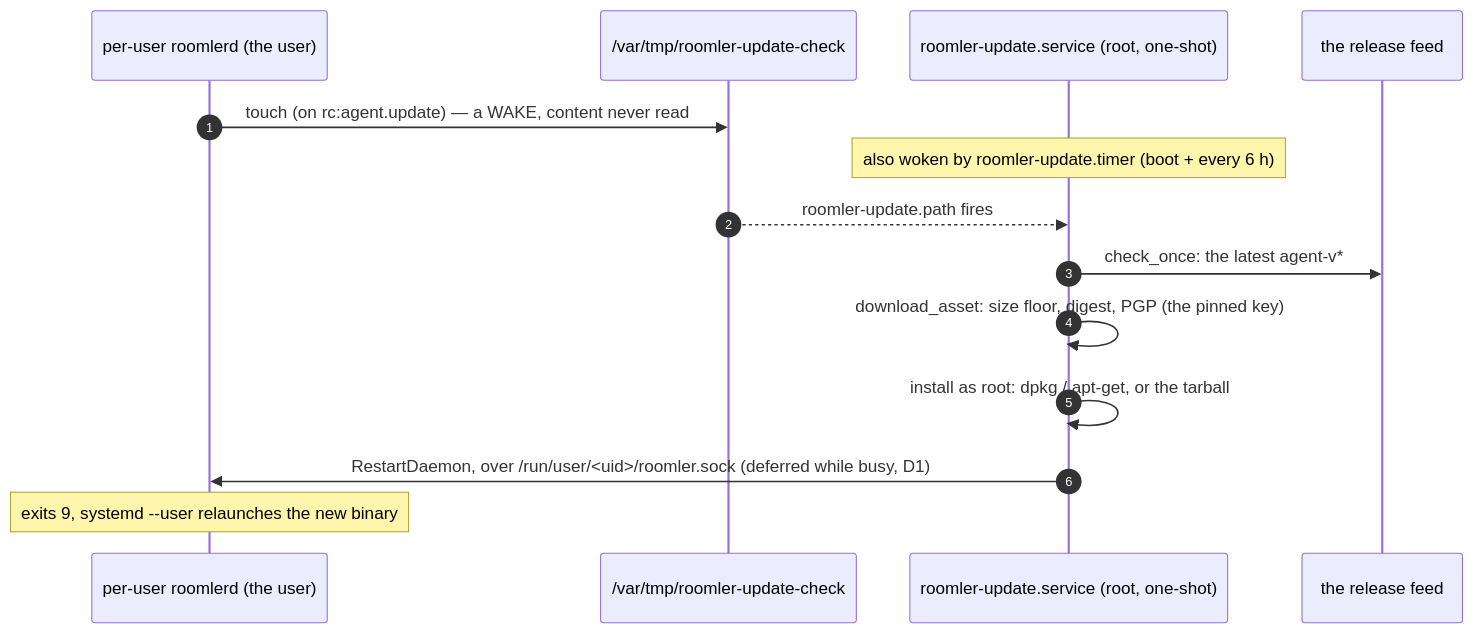
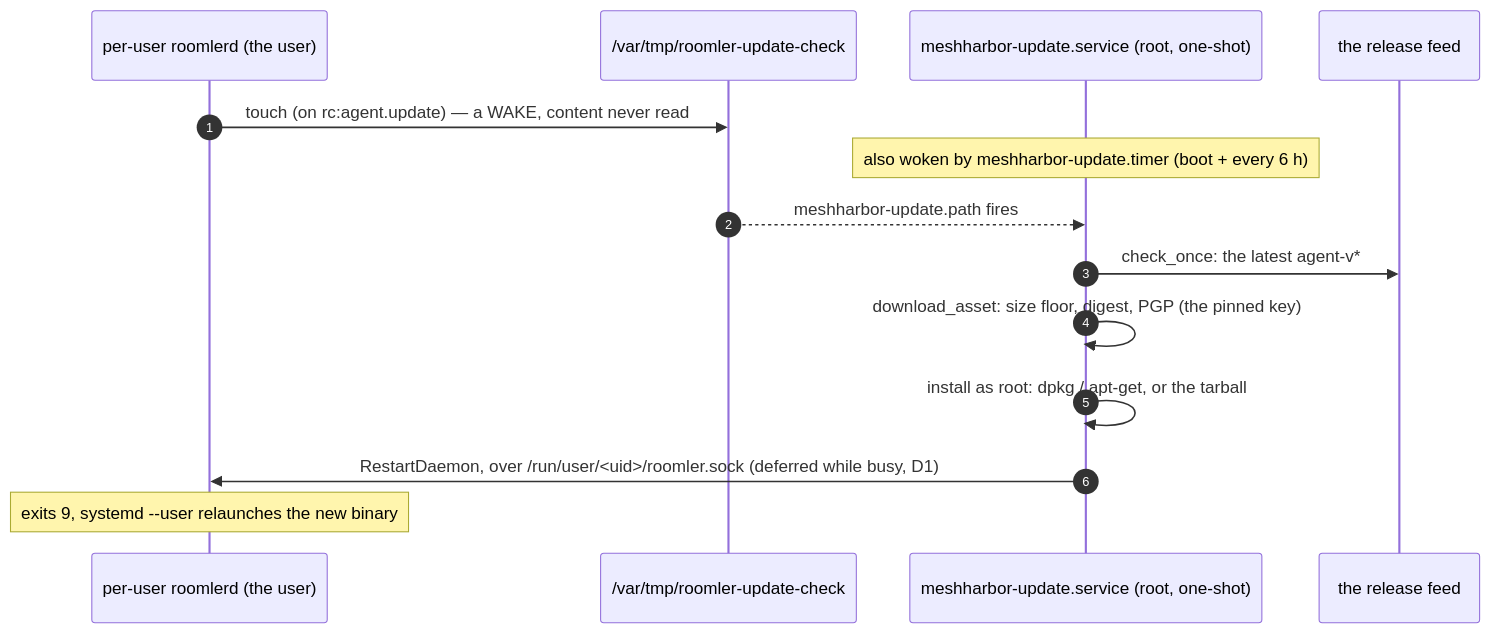
Before and after one commit to jk-zhang-meta/MeshHarbor: the first of 2 diagrams in docs/fr/FR-96-per-user-linux-installs-update-themselves.md, drawn with Mermaid. The commit also changed other lines of this file and 160 other files, not shown here.

````diff
--- a/docs/fr/FR-96-per-user-linux-installs-update-themselves.md
+++ b/docs/fr/FR-96-per-user-linux-installs-update-themselves.md
@@ -60,16 +60,16 @@
 ```mermaid
 sequenceDiagram
     autonumber
     participant D as per-user roomlerd (the user)
     participant W as /var/tmp/roomler-update-check
-    participant U as roomler-update.service (root, one-shot)
+    participant U as meshharbor-update.service (root, one-shot)
     participant R as the release feed
     D->>W: touch (on rc:agent.update) — a WAKE, content never read
-    Note over U: also woken by roomler-update.timer (boot + every 6 h)
-    W-->>U: roomler-update.path fires
+    Note over U: also woken by meshharbor-update.timer (boot + every 6 h)
+    W-->>U: meshharbor-update.path fires
     U->>R: check_once: the latest agent-v*
     U->>U: download_asset: size floor, digest, PGP (the pinned key)
     U->>U: install as root: dpkg / apt-get, or the tarball
     U->>D: RestartDaemon, over /run/user/<uid>/roomler.sock (deferred while busy, D1)
     Note over D: exits 9, systemd --user relaunches the new binary
 ```
````
